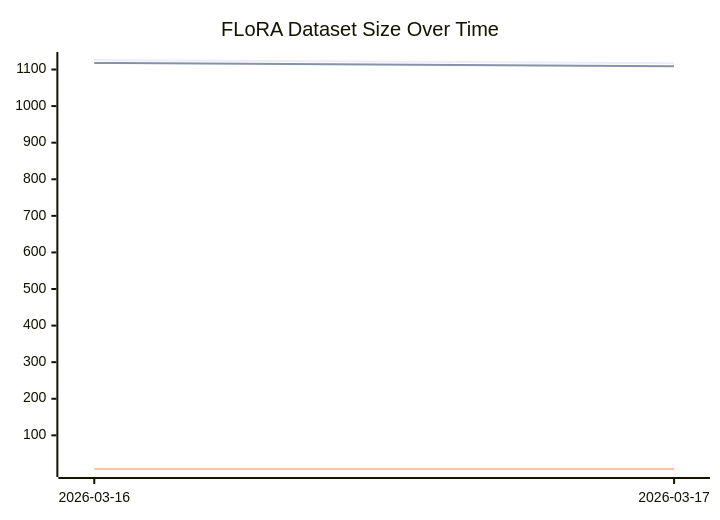
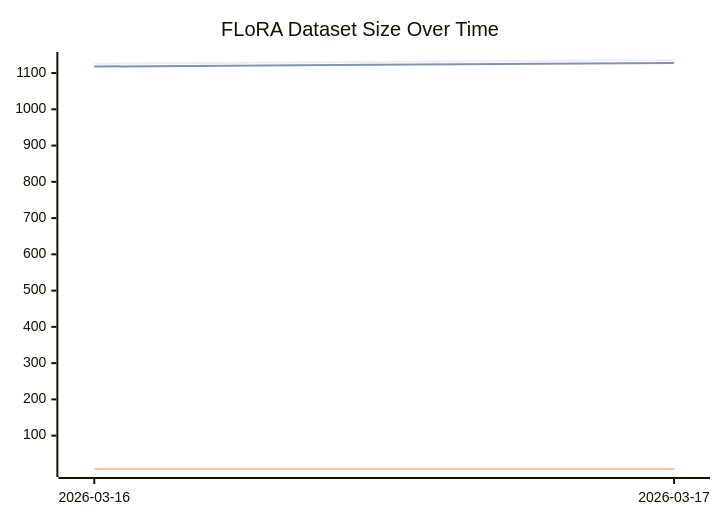
The diagram in README.md (forrtproject/fred-data), drawn with Mermaid before and after one commit.

Commit message:
Update flora.csv [automated]

````diff
--- a/README.md
+++ b/README.md
@@ -441,8 +441,8 @@
 ```mermaid
 xychart-beta
     title "FLoRA Dataset Size Over Time"
     x-axis ["2026-03-16", "2026-03-17"]
-    line "Total" [1126, 1117]
-    line "Replications" [1118, 1109]
+    line "Total" [1126, 1136]
+    line "Replications" [1118, 1128]
     line "Reproductions" [8, 8]
 ```
````
